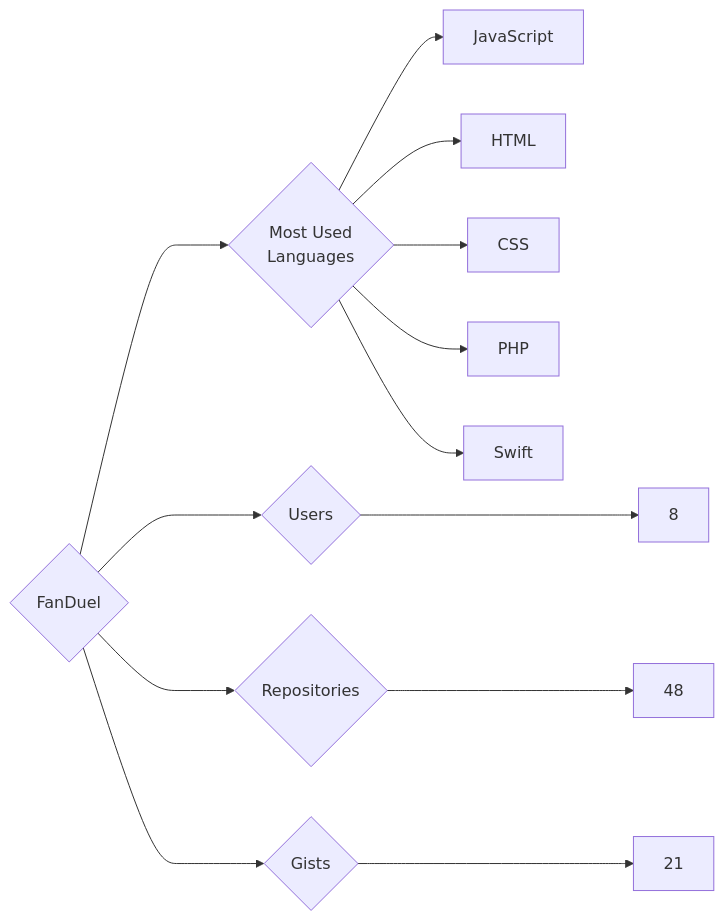
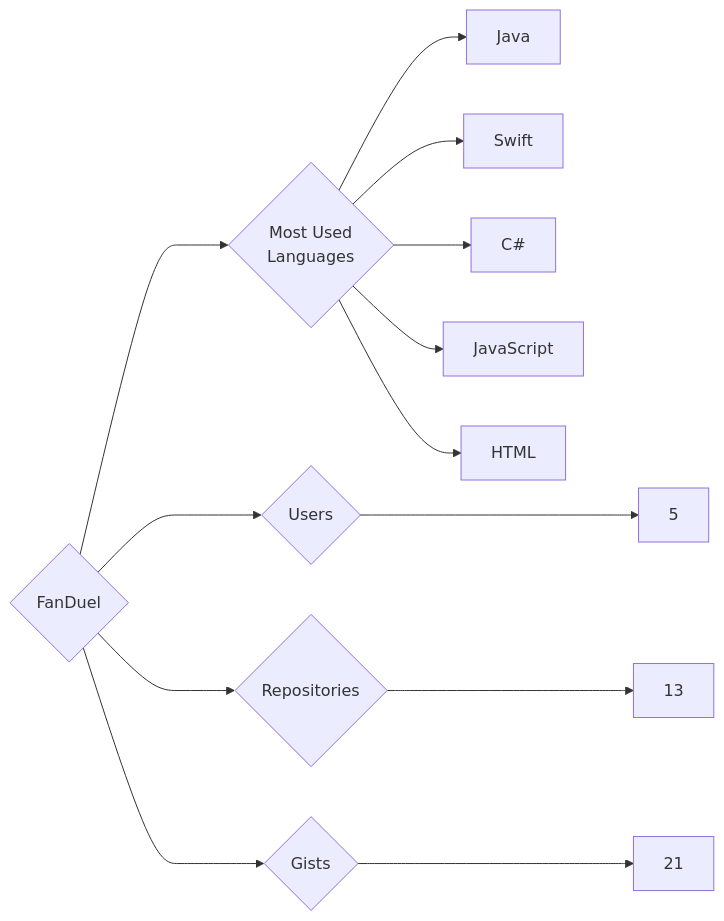
One commit to trickest/insiders changed the diagram in targets/FanDuel/README.md. Above: the diagram before and after it, drawn with Mermaid. The commit also changed 776 other files, not shown here.

````diff
--- a/targets/FanDuel/README.md
+++ b/targets/FanDuel/README.md
@@ -3,13 +3,13 @@
 ```mermaid
 graph LR
 COMPANY_NAME{FanDuel}
-COMPANY_NAME ---> U{Users} ---> UN[8]
-COMPANY_NAME ---> R{Repositories} ---> RN[48]
+COMPANY_NAME ---> U{Users} ---> UN[5]
+COMPANY_NAME ---> R{Repositories} ---> RN[13]
 COMPANY_NAME ---> G{Gists} ---> GN[21]
 COMPANY_NAME ---> ML{Most Used<br>Languages}
+ML --> Java[Java]
+ML --> Swift[Swift]
+ML --> C#[C#]
 ML --> JavaScript[JavaScript]
 ML --> HTML[HTML]
-ML --> CSS[CSS]
-ML --> PHP[PHP]
-ML --> Swift[Swift]
 ```
````
